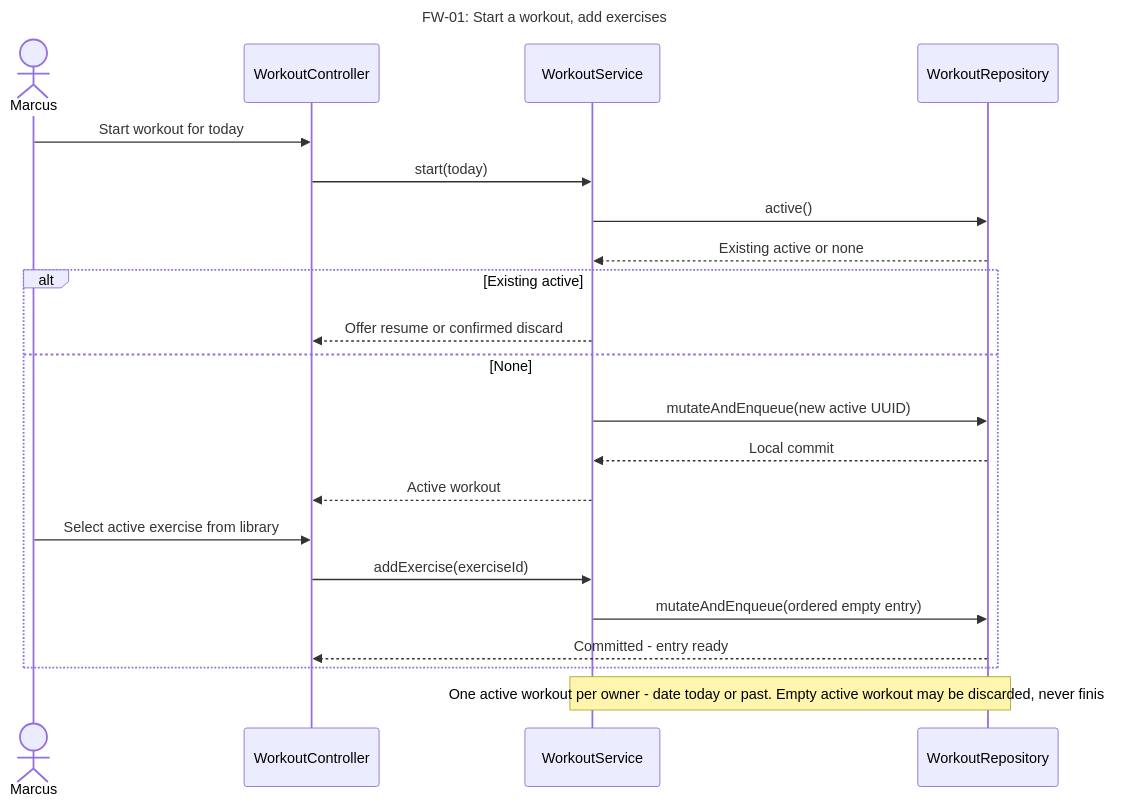
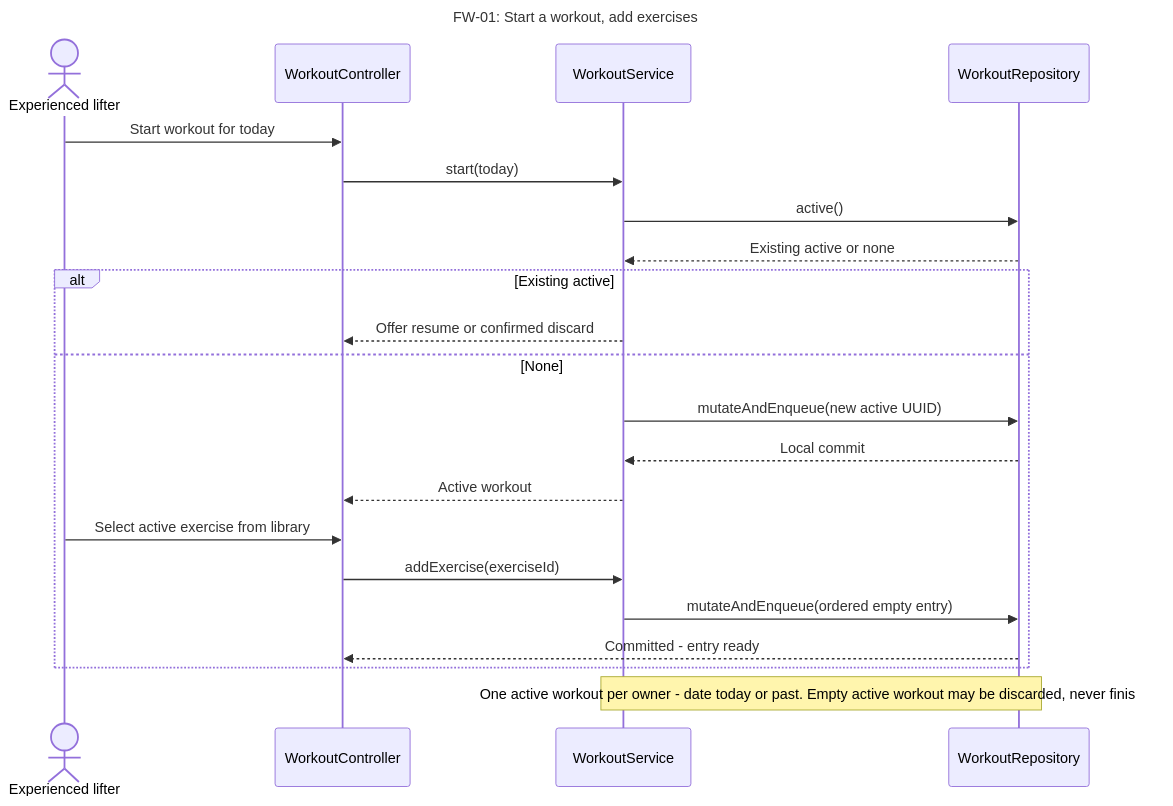
Diagram 12 of 42 in docs/part2/design/README.md (SebasLopez2005/SWEProject1), drawn with Mermaid before and after one commit. The commit also changed other lines of this file and 43 other files, not shown here.

Commit message:
Align fitness diagrams with revised professor-reviewed report

````diff
--- a/docs/part2/design/README.md
+++ b/docs/part2/design/README.md
@@ -956,24 +958,24 @@
 ```mermaid
 sequenceDiagram
     title FW-01: Start a workout, add exercises
-    actor U as Marcus
+    actor U as Experienced lifter
     participant C as WorkoutController
     participant S as WorkoutService
     participant R as WorkoutRepository
     U->>C: Start workout for today
     C->>S: start(today)
     S->>R: active()
     R-->>S: Existing active or none
     alt Existing active
      S-->>C: Offer resume or confirmed discard
     else None
      S->>R: mutateAndEnqueue(new active UUID)
      R-->>S: Local commit
      S-->>C: Active workout
      U->>C: Select active exercise from library
      C->>S: addExercise(exerciseId)
      S->>R: mutateAndEnqueue(ordered empty entry)
      R-->>C: Committed -  entry ready
     end
     Note over S,R: One active workout per owner -  date today or past. Empty active workout may be discarded, never finished.
 ```
````
